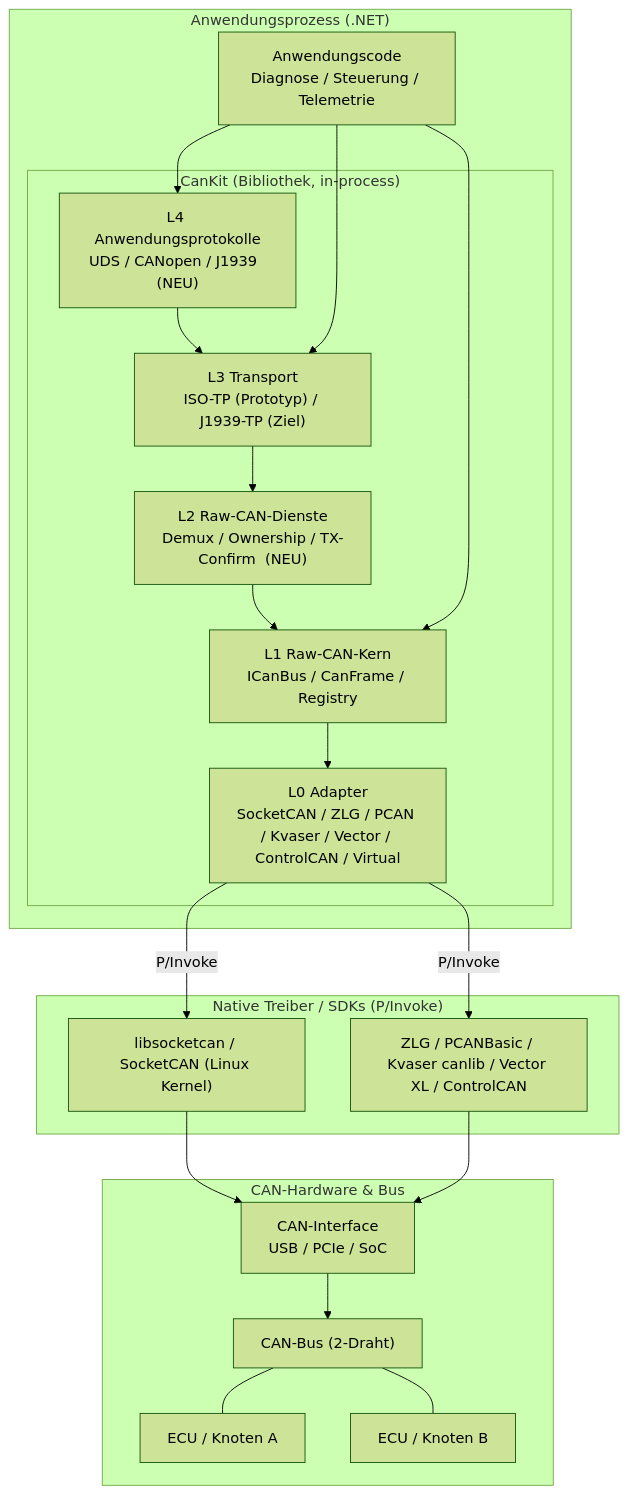
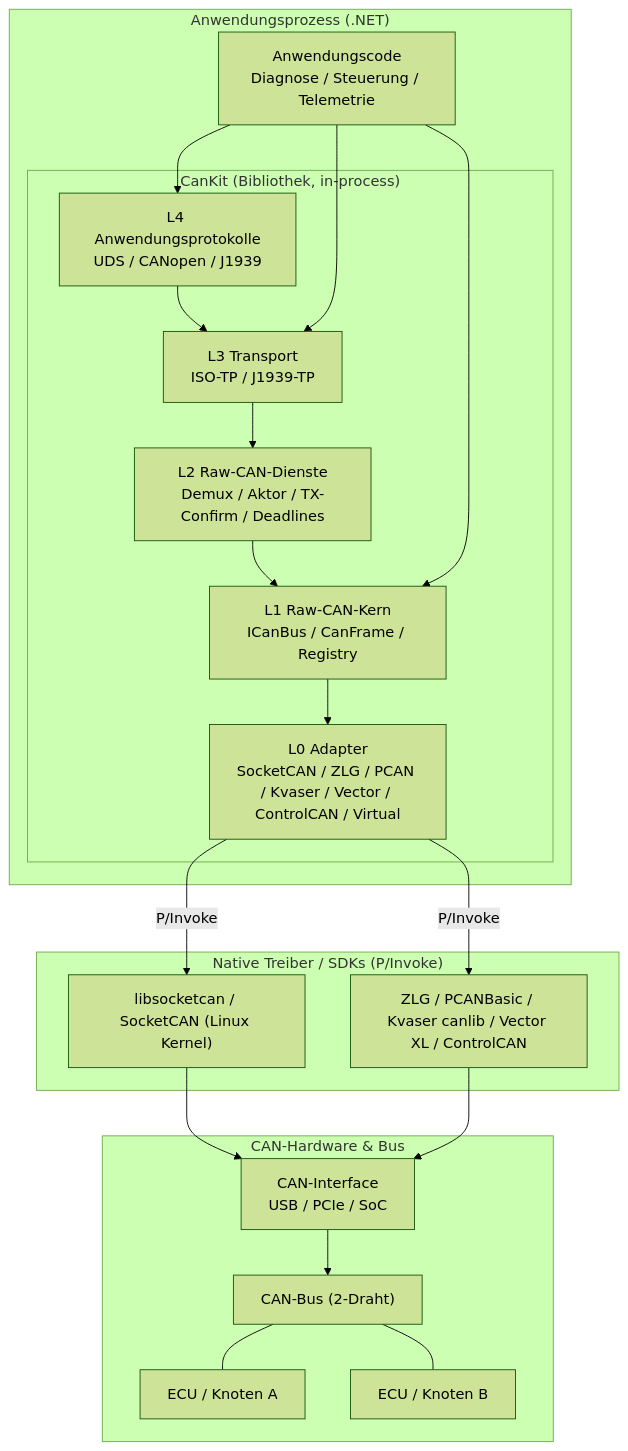
One commit to dborgards/CanKit.Pro changed the first of 19 diagrams in docs/architecture/arc42-CanKit.Pro.md. Above: the diagram before and after it, drawn with Mermaid (forest theme). The commit also changed other lines of this file and 1 other file, not shown here.

First line of the commit message:
docs: sync arc42 and SRS with the tree (net10.0, ISO-TP shipped, default branch main)

````diff
--- a/docs/architecture/arc42-CanKit.Pro.md
+++ b/docs/architecture/arc42-CanKit.Pro.md
@@ -179,37 +194,37 @@
 ```mermaid
 flowchart TB
     subgraph App["Anwendungsprozess (.NET)"]
         UserApp["Anwendungscode<br/>Diagnose / Steuerung / Telemetrie"]
         subgraph CanKitLib["CanKit (Bibliothek, in-process)"]
-            L4["L4 Anwendungsprotokolle<br/>UDS / CANopen / J1939  (NEU)"]
-            L3["L3 Transport<br/>ISO-TP (Prototyp) / J1939-TP (Ziel)"]
-            L2["L2 Raw-CAN-Dienste<br/>Demux / Ownership / TX-Confirm  (NEU)"]
+            L4["L4 Anwendungsprotokolle<br/>UDS / CANopen / J1939"]
+            L3["L3 Transport<br/>ISO-TP / J1939-TP"]
+            L2["L2 Raw-CAN-Dienste<br/>Demux / Aktor / TX-Confirm / Deadlines"]
             L1["L1 Raw-CAN-Kern<br/>ICanBus / CanFrame / Registry"]
             L0["L0 Adapter<br/>SocketCAN / ZLG / PCAN / Kvaser / Vector / ControlCAN / Virtual"]
             L4 --> L3 --> L2 --> L1 --> L0
         end
         UserApp --> L4
         UserApp --> L3
         UserApp --> L1
     end
 
     subgraph Native["Native Treiber / SDKs (P/Invoke)"]
         LibSocketCan["libsocketcan / SocketCAN (Linux Kernel)"]
         VendorSdk["ZLG / PCANBasic / Kvaser canlib / Vector XL / ControlCAN"]
     end
 
     subgraph HW["CAN-Hardware & Bus"]
         Iface["CAN-Interface<br/>USB / PCIe / SoC"]
         Bus["CAN-Bus (2-Draht)"]
         ECU1["ECU / Knoten A"]
         ECU2["ECU / Knoten B"]
     end
 
     L0 -->|"P/Invoke"| LibSocketCan
     L0 -->|"P/Invoke"| VendorSdk
     LibSocketCan --> Iface
     VendorSdk --> Iface
     Iface --> Bus
     Bus --- ECU1
     Bus --- ECU2
 ```
````
